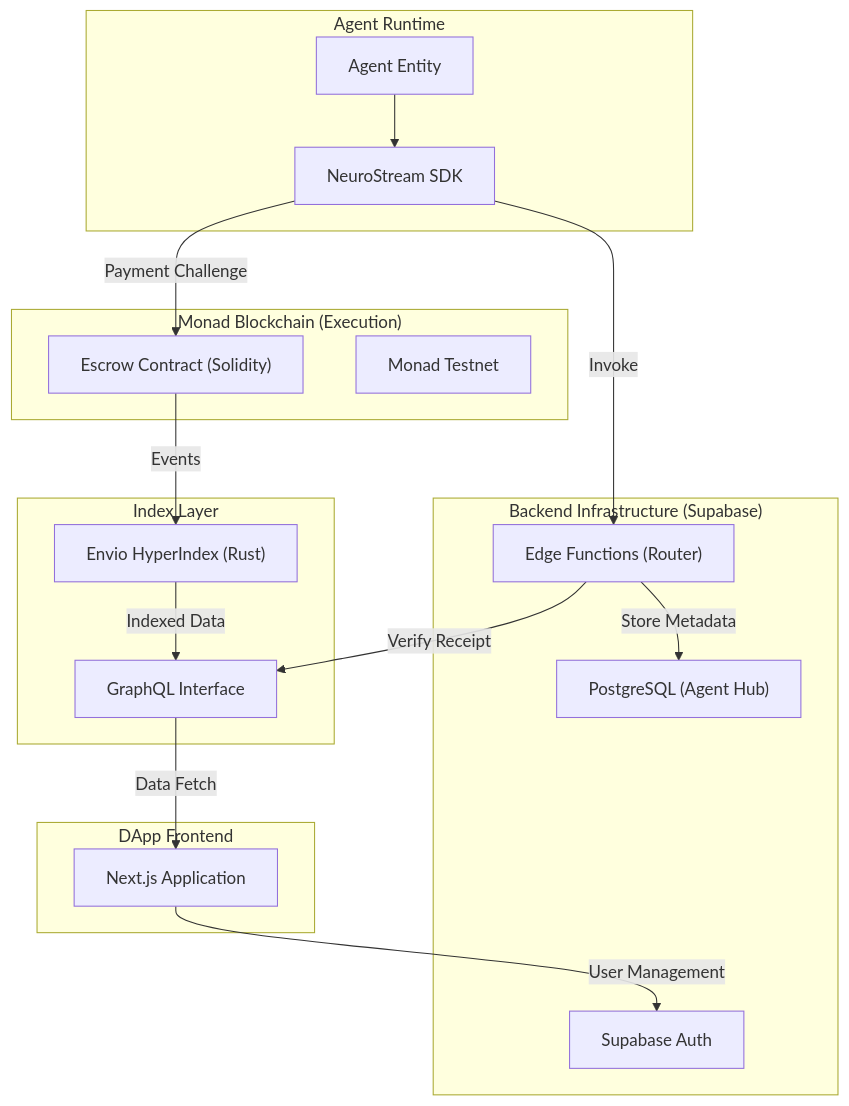
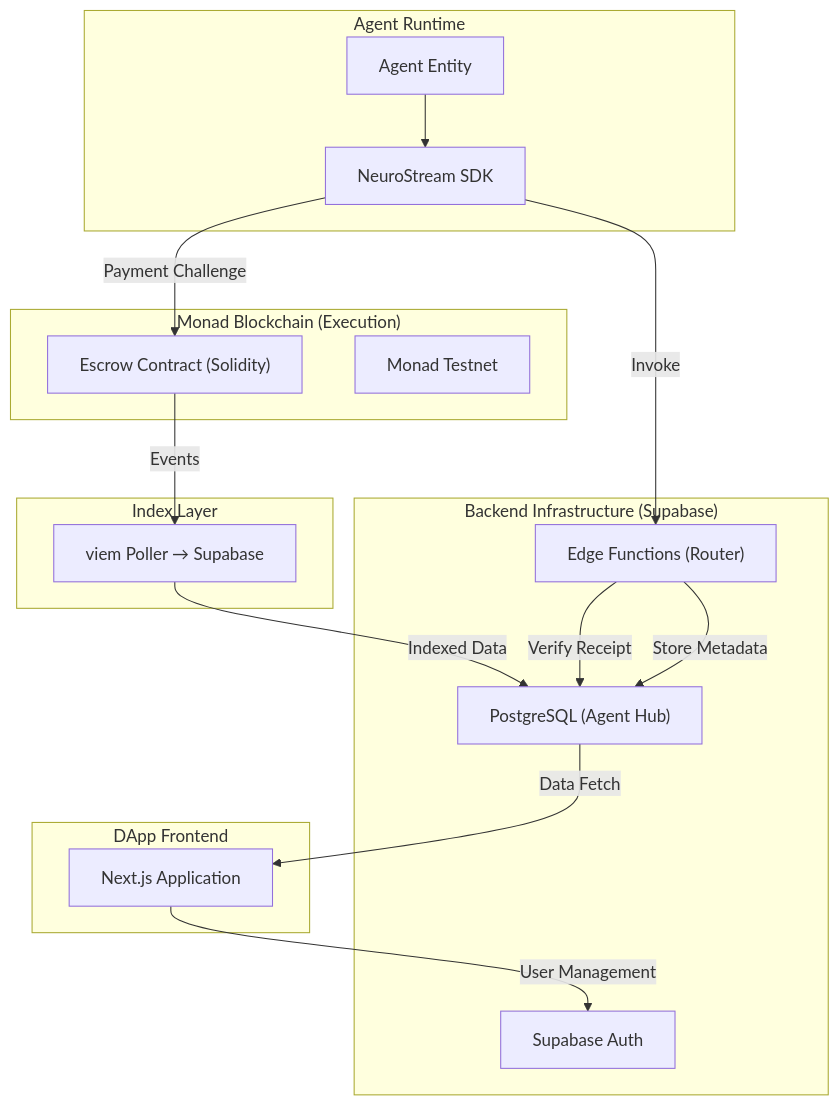
The diagram in memory-bank/architecture.md (ccclucky/neuro-stream), drawn with Mermaid before and after one commit. The commit also changed other lines of this file and 36 other files, not shown here.

````diff
--- a/memory-bank/architecture.md
+++ b/memory-bank/architecture.md
@@ -8,38 +8,37 @@
 ```mermaid
 graph TD
     subgraph "Agent Runtime"
         Agent[Agent Entity]
         SDK[NeuroStream SDK]
     end
 
     subgraph "Monad Blockchain (Execution)"
         Escrow["Escrow Contract (Solidity)"]
         Monad["Monad Testnet"]
     end
 
     subgraph "Index Layer"
-        Envio["Envio HyperIndex (Rust)"]
-        GraphQL["GraphQL Interface"]
+        Indexer["viem Poller → Supabase"]
     end
 
     subgraph "Backend Infrastructure (Supabase)"
         Auth["Supabase Auth"]
         DB["PostgreSQL (Agent Hub)"]
         Edge["Edge Functions (Router)"]
     end
 
     subgraph "DApp Frontend"
         NextJS["Next.js Application"]
     end
 
     %% Interactions
     Agent --> SDK
     SDK -->|Payment Challenge| Escrow
     SDK -->|Invoke| Edge
-    Escrow -->|Events| Envio
-    Envio -->|Indexed Data| GraphQL
-    GraphQL -->|Data Fetch| NextJS
-    Edge -->|Verify Receipt| GraphQL
+    Escrow -->|Events| Indexer
+    Indexer -->|Indexed Data| DB
+    DB -->|Data Fetch| NextJS
+    Edge -->|Verify Receipt| DB
     Edge -->|Store Metadata| DB
     NextJS -->|User Management| Auth
 ```
````
